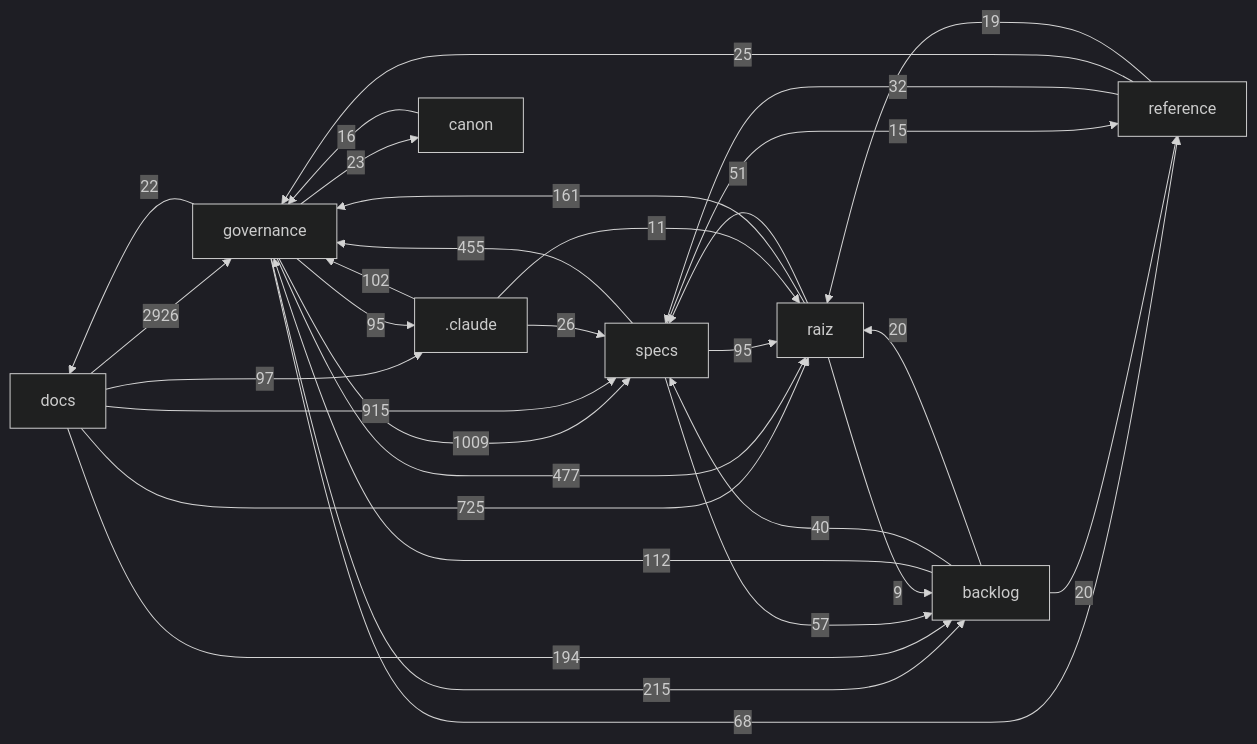
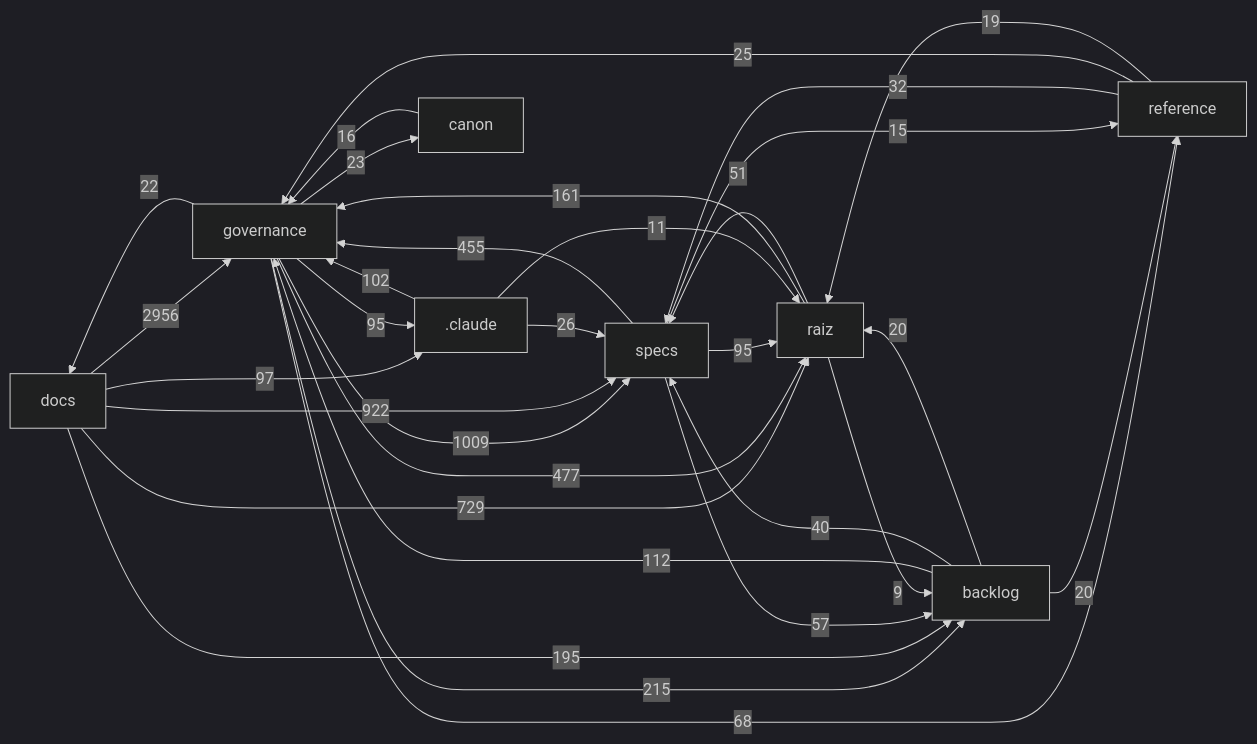
One commit to Andraus35/Sistema-Operacional-de-Trading--SOT changed the diagram in docs/mapa/MAPA-PROJETO.md. Above: the diagram before and after it, drawn with Mermaid (dark theme). The commit also changed other lines of this file and 7 other files, not shown here.

````diff
--- a/docs/mapa/MAPA-PROJETO.md
+++ b/docs/mapa/MAPA-PROJETO.md
@@ -29,33 +29,33 @@
 ```mermaid
 flowchart LR
-  docs["docs"] -->|2926| governance["governance"]
+  docs["docs"] -->|2956| governance["governance"]
   governance["governance"] -->|1009| specs["specs"]
-  docs["docs"] -->|915| specs["specs"]
-  docs["docs"] -->|725| raiz["raiz"]
+  docs["docs"] -->|922| specs["specs"]
+  docs["docs"] -->|729| raiz["raiz"]
   governance["governance"] -->|477| raiz["raiz"]
   specs["specs"] -->|455| governance["governance"]
   governance["governance"] -->|215| backlog["backlog"]
-  docs["docs"] -->|194| backlog["backlog"]
+  docs["docs"] -->|195| backlog["backlog"]
   raiz["raiz"] -->|161| governance["governance"]
   backlog["backlog"] -->|112| governance["governance"]
   _claude[".claude"] -->|102| governance["governance"]
   docs["docs"] -->|97| _claude[".claude"]
   governance["governance"] -->|95| _claude[".claude"]
   specs["specs"] -->|95| raiz["raiz"]
   governance["governance"] -->|68| reference["reference"]
   specs["specs"] -->|57| backlog["backlog"]
   raiz["raiz"] -->|51| specs["specs"]
   backlog["backlog"] -->|40| specs["specs"]
   reference["reference"] -->|32| specs["specs"]
   _claude[".claude"] -->|26| specs["specs"]
   reference["reference"] -->|25| governance["governance"]
   governance["governance"] -->|23| canon["canon"]
   governance["governance"] -->|22| docs["docs"]
   backlog["backlog"] -->|20| raiz["raiz"]
   backlog["backlog"] -->|20| reference["reference"]
   reference["reference"] -->|19| raiz["raiz"]
   canon["canon"] -->|16| governance["governance"]
   specs["specs"] -->|15| reference["reference"]
   _claude[".claude"] -->|11| raiz["raiz"]
   raiz["raiz"] -->|9| backlog["backlog"]
 ```
````
